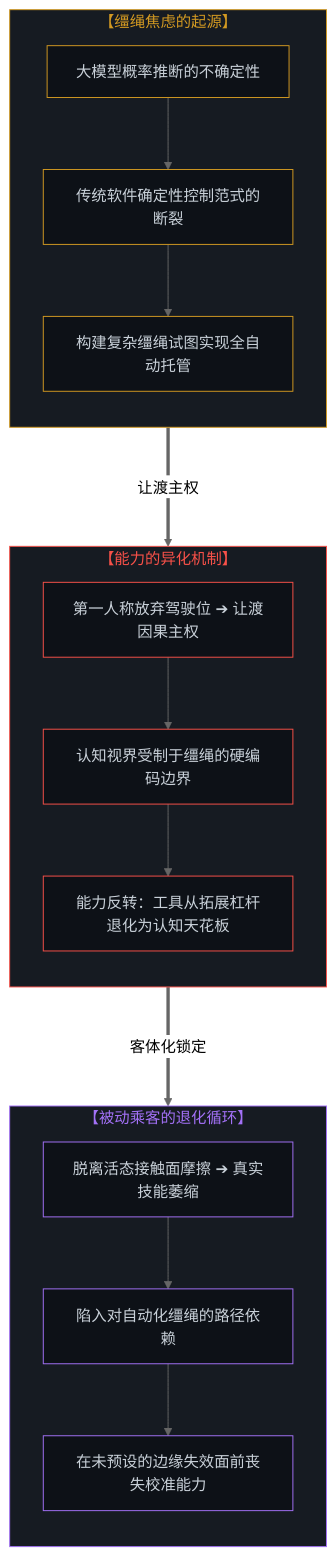
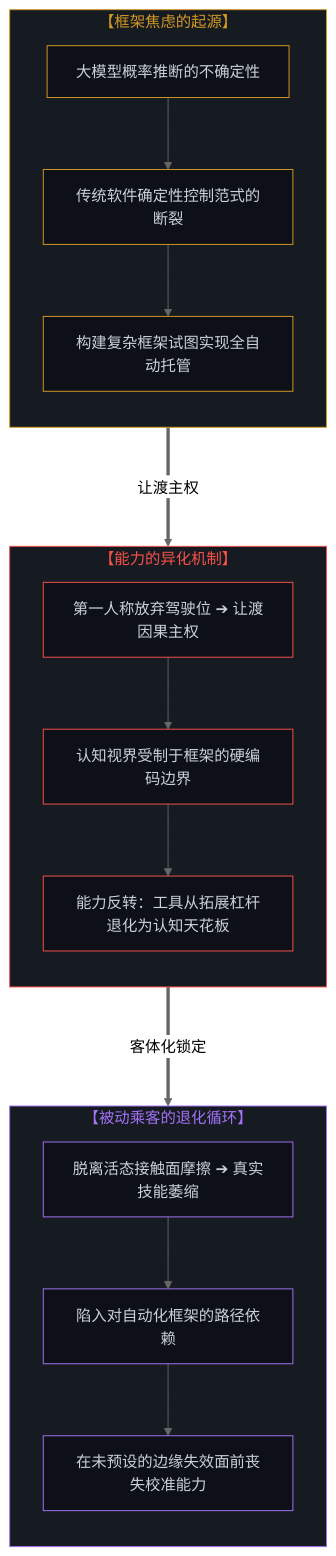
The first of 5 diagrams in content/posts/the-inversion-of-the-harness-and-the-driver-seat-asymmetry.md (powerpig99/not-a-toe), drawn with Mermaid (neutral theme) before and after one commit. The commit also changed other lines of this file and 5 other files, not shown here.

````diff
--- a/content/posts/the-inversion-of-the-harness-and-the-driver-seat-asymmetry.md
+++ b/content/posts/the-inversion-of-the-harness-and-the-driver-seat-asymmetry.md
@@ -19,42 +19,42 @@
 ```mermaid
 graph TD
-    subgraph S_Anxiety["【缰绳焦虑的起源】"]
+    subgraph S_Anxiety["【框架焦虑的起源】"]
         direction TB
         A1["大模型概率推断的不确定性"]
         A2["传统软件确定性控制范式的断裂"]
-        A3["构建复杂缰绳试图实现全自动托管"]
+        A3["构建复杂框架试图实现全自动托管"]
         A1 --> A2 --> A3
     end
 
     subgraph S_Alienation["【能力的异化机制】"]
         direction TB
         B1["第一人称放弃驾驶位 ➔ 让渡因果主权"]
-        B2["认知视界受制于缰绳的硬编码边界"]
+        B2["认知视界受制于框架的硬编码边界"]
         B3["能力反转：工具从拓展杠杆退化为认知天花板"]
         B1 --> B2 --> B3
     end
 
     subgraph S_Consequence["【被动乘客的退化循环】"]
         direction TB
         C1["脱离活态接触面摩擦 ➔ 真实技能萎缩"]
-        C2["陷入对自动化缰绳的路径依赖"]
+        C2["陷入对自动化框架的路径依赖"]
         C3["在未预设的边缘失效面前丧失校准能力"]
         C1 --> C2 --> C3
     end
 
     A3 ===>|"让渡主权"| B1
     B3 ===>|"客体化锁定"| C1
 
     style S_Anxiety fill:#161b22,stroke:#d29922,stroke-width:1px,color:#d29922
     style S_Alienation fill:#161b22,stroke:#f85149,stroke-width:1px,color:#f85149
     style S_Consequence fill:#161b22,stroke:#a371f7,stroke-width:1px,color:#a371f7
     style A1 fill:#0d1117,stroke:#d29922,stroke-width:1px,color:#c9d1d9
     style A2 fill:#0d1117,stroke:#d29922,stroke-width:1px,color:#c9d1d9
     style A3 fill:#0d1117,stroke:#d29922,stroke-width:1px,color:#c9d1d9
     style B1 fill:#0d1117,stroke:#f85149,stroke-width:1px,color:#c9d1d9
     style B2 fill:#0d1117,stroke:#f85149,stroke-width:1px,color:#c9d1d9
     style B3 fill:#0d1117,stroke:#f85149,stroke-width:1px,color:#c9d1d9
     style C1 fill:#0d1117,stroke:#a371f7,stroke-width:1px,color:#c9d1d9
     style C2 fill:#0d1117,stroke:#a371f7,stroke-width:1px,color:#c9d1d9
     style C3 fill:#0d1117,stroke:#a371f7,stroke-width:1px,color:#c9d1d9
 ```
````
